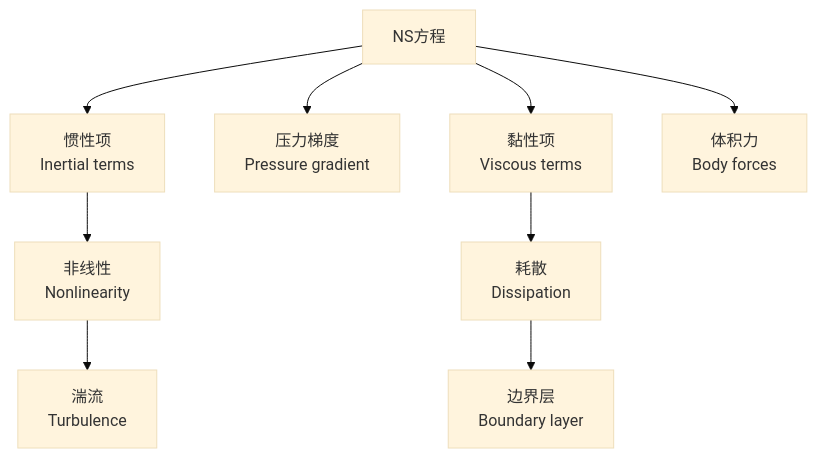
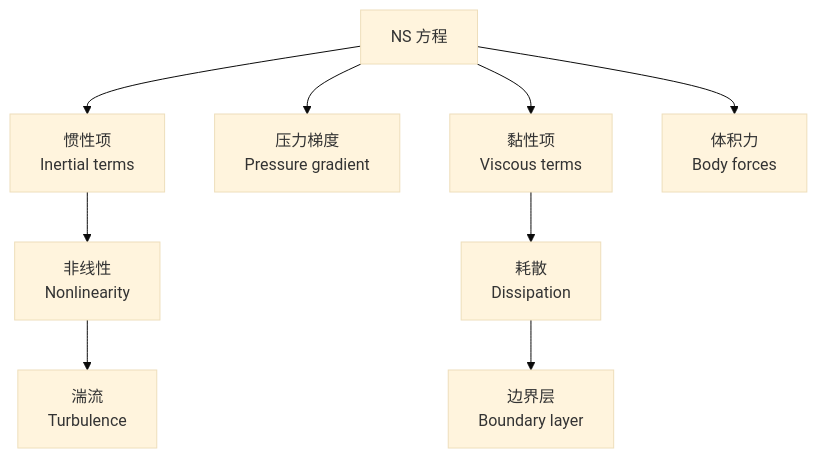
The diagram in 02_NaturalSciences/Physics/ClassicalMechanics/流体力学.md (Tianshang301/TianshangKnowledgeBase), drawn with Mermaid (base theme) before and after one commit. The commit also changed 2257 other files, not shown here.

````diff
--- a/02_NaturalSciences/Physics/ClassicalMechanics/流体力学.md
+++ b/02_NaturalSciences/Physics/ClassicalMechanics/流体力学.md
@@ -109,11 +109,11 @@
 ```mermaid
 graph TD
-    A[NS方程] --> B[惯性项<br/>Inertial terms]
+    A[NS 方程] --> B[惯性项<br/>Inertial terms]
     A --> C[压力梯度<br/>Pressure gradient]
     A --> D[黏性项<br/>Viscous terms]
     A --> E[体积力<br/>Body forces]
     B --> F[非线性<br/>Nonlinearity]
     D --> G[耗散<br/>Dissipation]
     F --> H[湍流<br/>Turbulence]
     G --> I[边界层<br/>Boundary layer]
 ```
````
